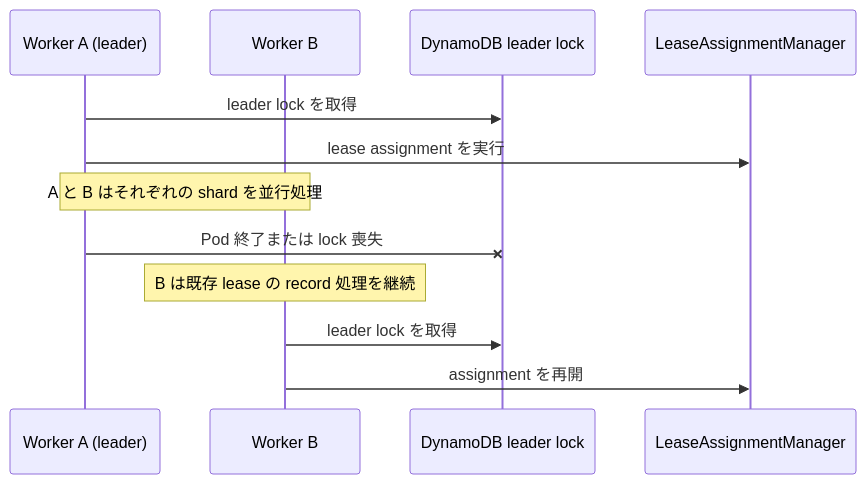
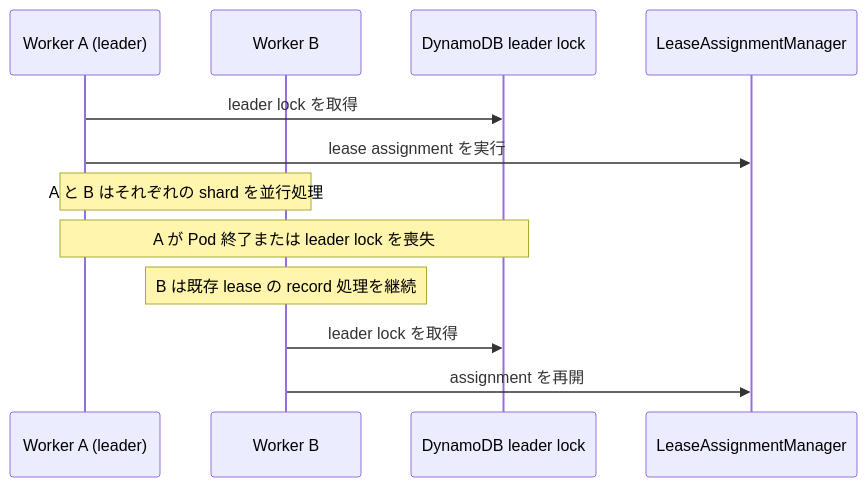
One commit to minimabot/TIL changed diagram 11 of 13 in aws/kinesis/kcl.md. Above: the diagram before and after it, drawn with Mermaid. The commit also changed other lines of this file, not shown here.

First line of the commit message:
Revise KCL documentation with updated diagrams

````diff
--- a/aws/kinesis/kcl.md
+++ b/aws/kinesis/kcl.md
@@ -357,15 +367,15 @@
 ```mermaid
 sequenceDiagram
     participant A as Worker A (leader)
     participant B as Worker B
     participant DDB as DynamoDB leader lock
     participant LAM as LeaseAssignmentManager
 
     A->>DDB: leader lock を取得
     A->>LAM: lease assignment を実行
     Note over A,B: A と B はそれぞれの shard を並行処理
-    A-xDDB: Pod 終了または lock 喪失
+    Note over A,DDB: A が Pod 終了または leader lock を喪失
     Note over B: B は既存 lease の record 処理を継続
     B->>DDB: leader lock を取得
     B->>LAM: assignment を再開
 ```
````
